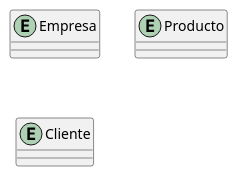
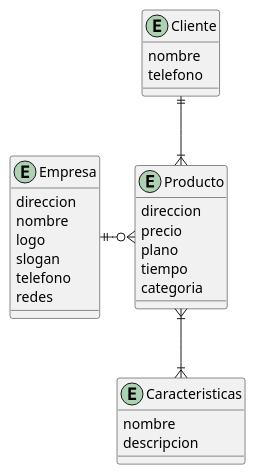
One commit to Los-Waza/MetalK_Documentation changed the diagram in metalK_mer.puml. Above: the diagram before and after it, drawn with PlantUML. The commit also changed 2 other files, not shown here.

```diff
--- a/metalK_mer.puml
+++ b/metalK_mer.puml
@@ -1,11 +1,36 @@
 @startuml MetalK_MER
     top to bottom direction
     skinparam linestyle orto
 
-    entity Empresa{}
-    entity Producto{}
-    entity Cliente{}
+    entity emp as "Empresa"{
+        direccion
+        nombre
+        logo
+        slogan
+        telefono
+        redes
+    }
 
+    entity pro as "Producto"{
+        direccion
+        precio
+        plano
+        tiempo
+        categoria
+    }
+    
+    entity car as "Caracteristicas"{
+        nombre
+        descripcion
+    }
 
-    
+    entity cli as "Cliente"{
+        nombre
+        telefono
+    }
+
+    emp ||-right-o{ pro
+    pro }|--|{ car
+    cli ||--|{ pro
+
 @enduml
```
